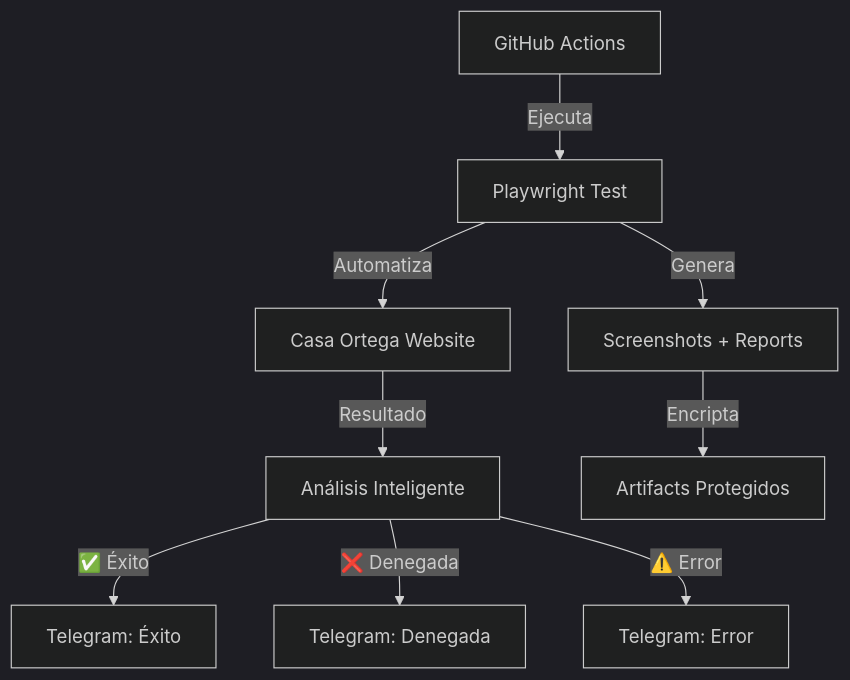
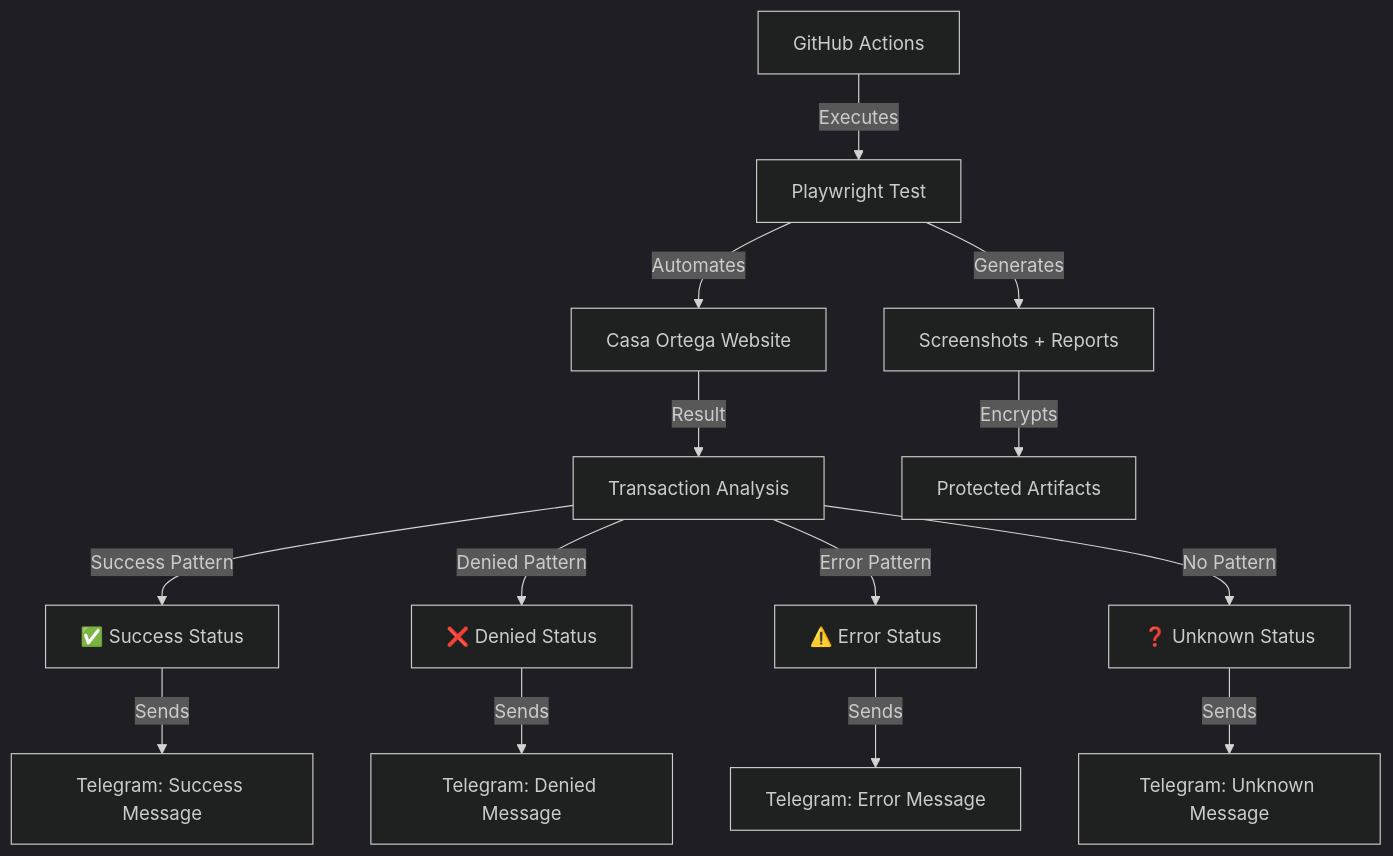
Before and after one commit to LiReXz/automated-payments: the diagram in README.md, drawn with Mermaid (dark theme). The commit also changed other lines of this file, not shown here.

````diff
--- a/README.md
+++ b/README.md
@@ -31,11 +31,16 @@
 ```mermaid
 graph TD
-    A[GitHub Actions] -->|Ejecuta| B[Playwright Test]
-    B -->|Automatiza| C[Casa Ortega Website]
-    C -->|Resultado| D[Análisis Inteligente]
-    D -->|✅ Éxito| E[Telegram: Éxito]
-    D -->|❌ Denegada| F[Telegram: Denegada]
-    D -->|⚠️ Error| G[Telegram: Error]
-    B -->|Genera| H[Screenshots + Reports]
-    H -->|Encripta| I[Artifacts Protegidos]
+    A[GitHub Actions] -->|Executes| B[Playwright Test]
+    B -->|Automates| C[Casa Ortega Website]
+    C -->|Result| D[Transaction Analysis]
+    D -->|Success Pattern| E[✅ Success Status]
+    D -->|Denied Pattern| F[❌ Denied Status]
+    D -->|Error Pattern| G[⚠️ Error Status]
+    D -->|No Pattern| H[❓ Unknown Status]
+    E -->|Sends| I[Telegram: Success Message]
+    F -->|Sends| J[Telegram: Denied Message]
+    G -->|Sends| K[Telegram: Error Message]
+    H -->|Sends| L[Telegram: Unknown Message]
+    B -->|Generates| M[Screenshots + Reports]
+    M -->|Encrypts| N[Protected Artifacts]
 ```
````
